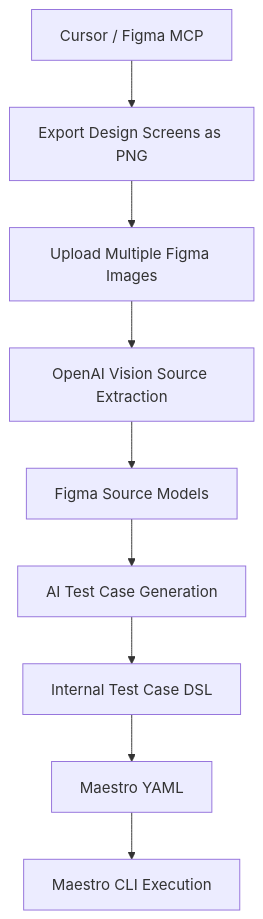
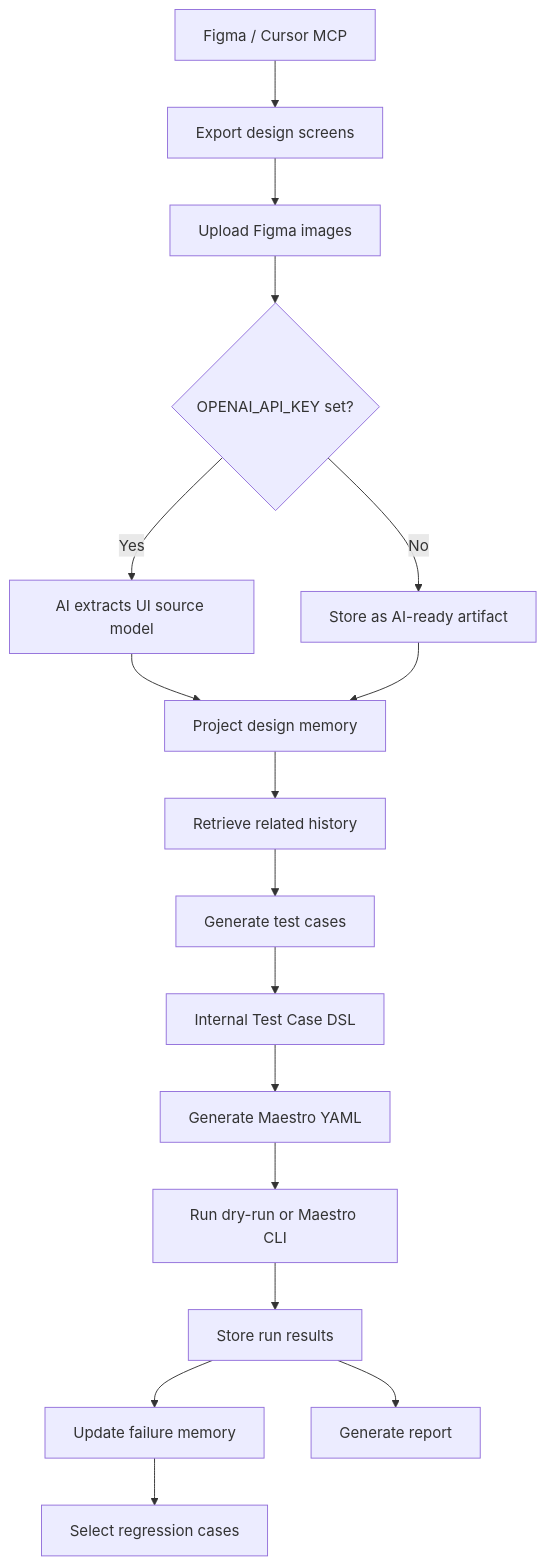
One commit to Campaignhatsecretin185/ai-design2test changed the first of 5 diagrams in DESIGN.md. Above: the diagram before and after it, drawn with Mermaid. The commit also changed other lines of this file and 1 other file, not shown here.

````diff
--- a/DESIGN.md
+++ b/DESIGN.md
@@ -68,11 +23,19 @@
 ```mermaid
 flowchart TD
-  A["Cursor / Figma MCP"] --> B["Export Design Screens as PNG"]
-  B --> C["Upload Multiple Figma Images"]
-  C --> D["OpenAI Vision Source Extraction"]
-  D --> E["Figma Source Models"]
-  E --> F["AI Test Case Generation"]
-  F --> G["Internal Test Case DSL"]
-  G --> H["Maestro YAML"]
-  H --> I["Maestro CLI Execution"]
+  A["Figma / Cursor MCP"] --> B["Export design screens"]
+  B --> C["Upload Figma images"]
+  C --> D{"OPENAI_API_KEY set?"}
+  D -->|Yes| E["AI extracts UI source model"]
+  D -->|No| F["Store as AI-ready artifact"]
+  E --> G["Project design memory"]
+  F --> G
+  G --> H["Retrieve related history"]
+  H --> I["Generate test cases"]
+  I --> J["Internal Test Case DSL"]
+  J --> K["Generate Maestro YAML"]
+  K --> L["Run dry-run or Maestro CLI"]
+  L --> M["Store run results"]
+  M --> N["Update failure memory"]
+  N --> O["Select regression cases"]
+  M --> P["Generate report"]
 ```
````
